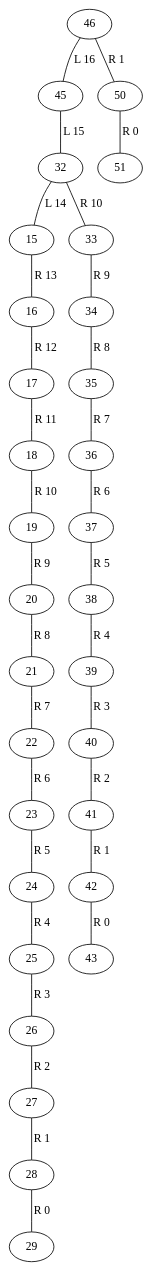
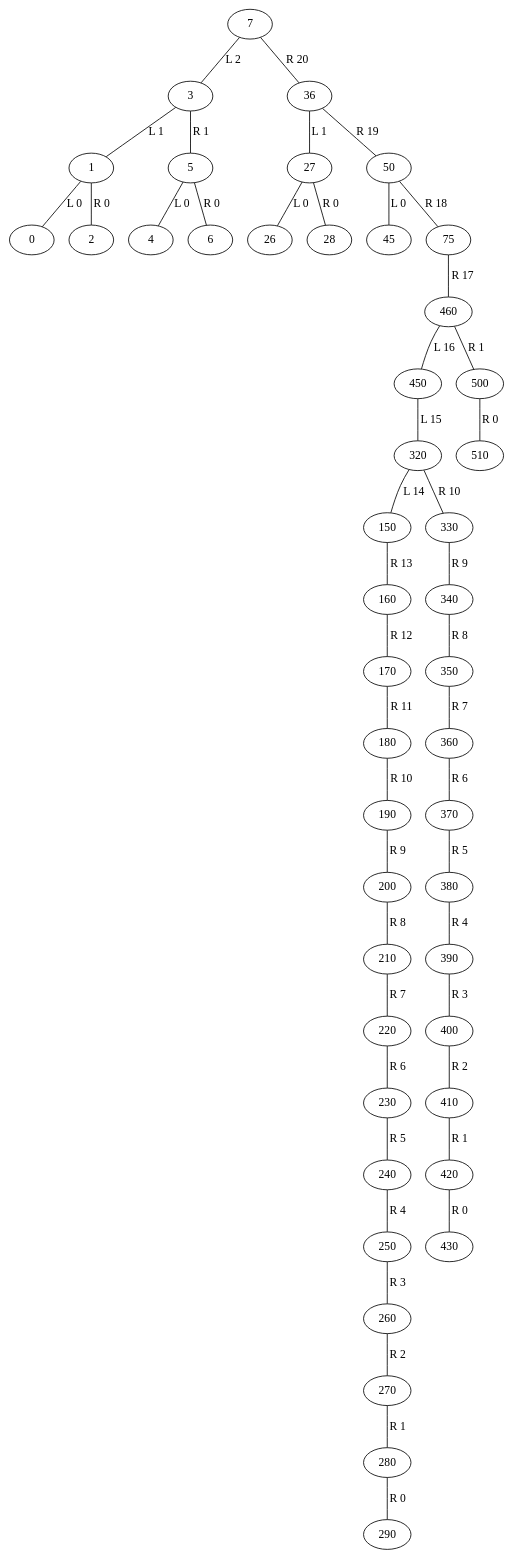
The diagram in _tree0.dot (aessam/PlayingWithTrees), drawn with Graphviz before and after one commit. The commit also changed 2 other files, not shown here.

```diff
--- a/_tree0.dot
+++ b/_tree0.dot
@@ -1,1 +1,1 @@
-graph ethane {graph [bb="0,0,755,407"]; 46 -- 45 [label="L 16"]; 46 -- 50 [label="R 1"]; 50 -- 51 [label="R 0"]; 45 -- 32 [label="L 15"]; 32 -- 15 [label="L 14"]; 32 -- 33 [label="R 10"]; 33 -- 34 [label="R 9"]; 34 -- 35 [label="R 8"]; 35 -- 36 [label="R 7"]; 36 -- 37 [label="R 6"]; 37 -- 38 [label="R 5"]; 38 -- 39 [label="R 4"]; 39 -- 40 [label="R 3"]; 40 -- 41 [label="R 2"]; 41 -- 42 [label="R 1"]; 42 -- 43 [label="R 0"]; 15 -- 16 [label="R 13"]; 16 -- 17 [label="R 12"]; 17 -- 18 [label="R 11"]; 18 -- 19 [label="R 10"]; 19 -- 20 [label="R 9"]; 20 -- 21 [label="R 8"]; 21 -- 22 [label="R 7"]; 22 -- 23 [label="R 6"]; 23 -- 24 [label="R 5"]; 24 -- 25 [label="R 4"]; 25 -- 26 [label="R 3"]; 26 -- 27 [label="R 2"]; 27 -- 28 [label="R 1"]; 28 -- 29 [label="R 0"];}
+graph ethane {graph [bb="0,0,755,407"]; 7 -- 3 [label="L 2"]; 7 -- 36 [label="R 20"]; 36 -- 27 [label="L 1"]; 36 -- 50 [label="R 19"]; 50 -- 45 [label="L 0"]; 50 -- 75 [label="R 18"]; 75 -- 460 [label="R 17"]; 460 -- 450 [label="L 16"]; 460 -- 500 [label="R 1"]; 500 -- 510 [label="R 0"]; 450 -- 320 [label="L 15"]; 320 -- 150 [label="L 14"]; 320 -- 330 [label="R 10"]; 330 -- 340 [label="R 9"]; 340 -- 350 [label="R 8"]; 350 -- 360 [label="R 7"]; 360 -- 370 [label="R 6"]; 370 -- 380 [label="R 5"]; 380 -- 390 [label="R 4"]; 390 -- 400 [label="R 3"]; 400 -- 410 [label="R 2"]; 410 -- 420 [label="R 1"]; 420 -- 430 [label="R 0"]; 150 -- 160 [label="R 13"]; 160 -- 170 [label="R 12"]; 170 -- 180 [label="R 11"]; 180 -- 190 [label="R 10"]; 190 -- 200 [label="R 9"]; 200 -- 210 [label="R 8"]; 210 -- 220 [label="R 7"]; 220 -- 230 [label="R 6"]; 230 -- 240 [label="R 5"]; 240 -- 250 [label="R 4"]; 250 -- 260 [label="R 3"]; 260 -- 270 [label="R 2"]; 270 -- 280 [label="R 1"]; 280 -- 290 [label="R 0"]; 27 -- 26 [label="L 0"]; 27 -- 28 [label="R 0"]; 3 -- 1 [label="L 1"]; 3 -- 5 [label="R 1"]; 5 -- 4 [label="L 0"]; 5 -- 6 [label="R 0"]; 1 -- 0 [label="L 0"]; 1 -- 2 [label="R 0"];}
```
